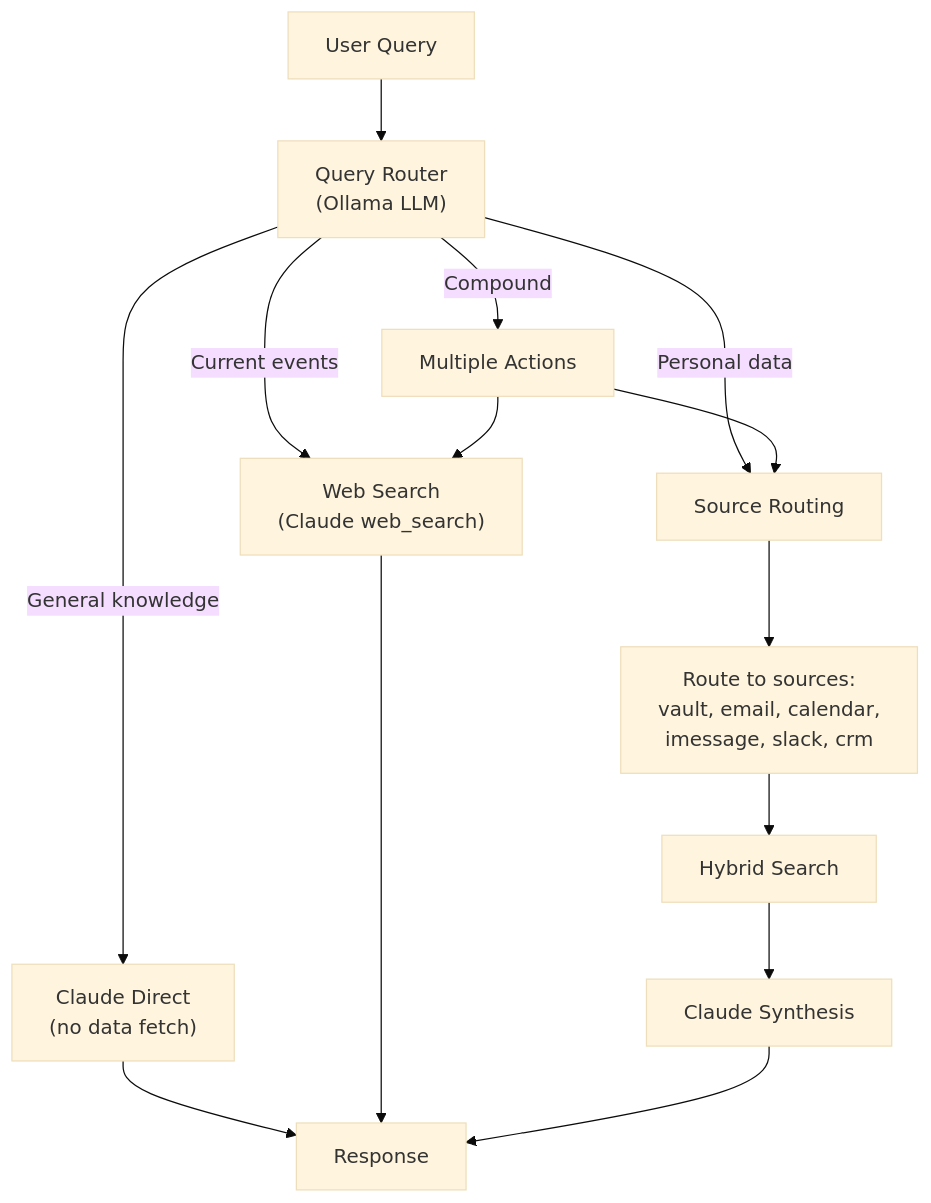
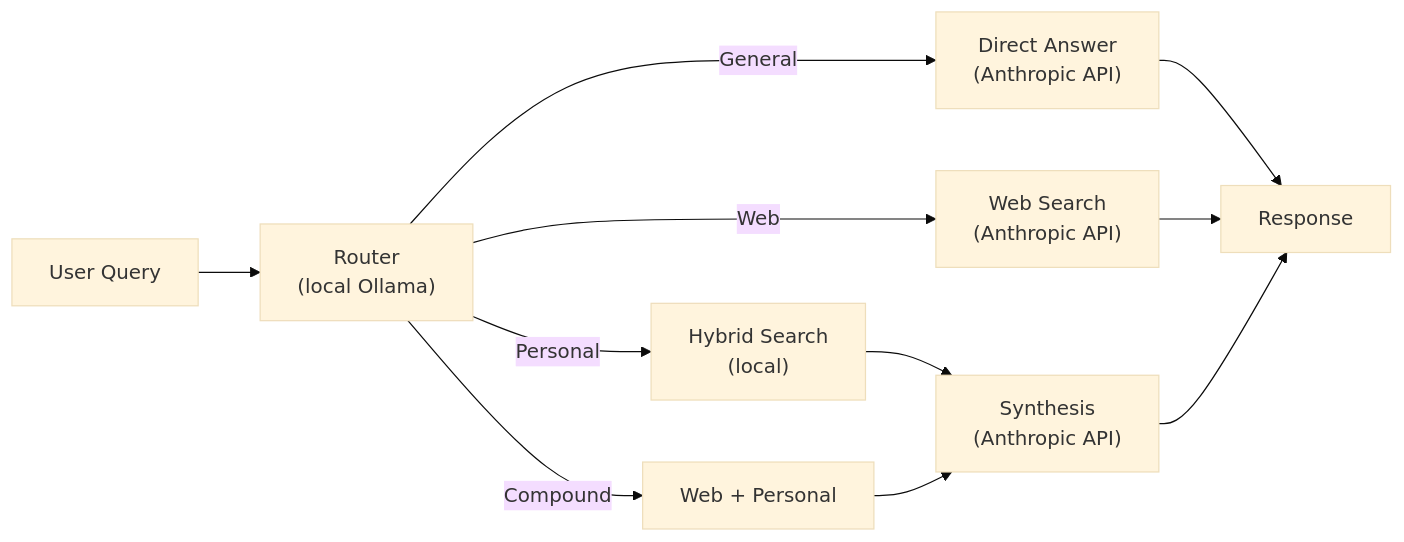
The fifth of 6 diagrams in README.md (nbramia/LifeOS), drawn with Mermaid (base theme) before and after one commit. The commit also changed other lines of this file, not shown here.

First line of the commit message:
Improve README diagrams: horizontal layout + local vs API labels

````diff
--- a/README.md
+++ b/README.md
@@ -224,20 +217,15 @@
 ```mermaid
-flowchart TB
-    Q["User Query"] --> Router["Query Router\n(Ollama LLM)"]
+flowchart LR
+    Q["User Query"] --> Router["Router\n(local Ollama)"]
 
-    Router -->|"General knowledge"| Direct["Claude Direct\n(no data fetch)"]
-    Router -->|"Current events"| Web["Web Search\n(Claude web_search)"]
-    Router -->|"Personal data"| Personal["Source Routing"]
-    Router -->|"Compound"| Compound["Multiple Actions"]
+    Router -->|"General"| Direct["Direct Answer\n(Anthropic API)"]
+    Router -->|"Web"| Web["Web Search\n(Anthropic API)"]
+    Router -->|"Personal"| Hybrid["Hybrid Search\n(local)"]
+    Router -->|"Compound"| Both["Web + Personal"]
 
-    Personal --> Sources["Route to sources:\nvault, email, calendar,\nimessage, slack, crm"]
-    Sources --> Hybrid["Hybrid Search"]
-    Hybrid --> Synthesis["Claude Synthesis"]
-
-    Compound --> Web
-    Compound --> Personal
-
+    Hybrid --> Syn["Synthesis\n(Anthropic API)"]
+    Both --> Syn
     Direct --> Response["Response"]
     Web --> Response
-    Synthesis --> Response
+    Syn --> Response
 ```
````
